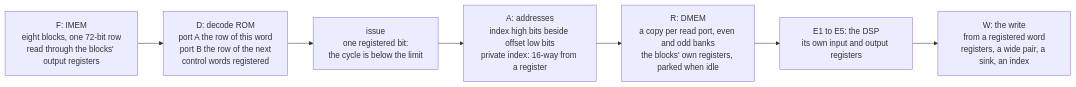
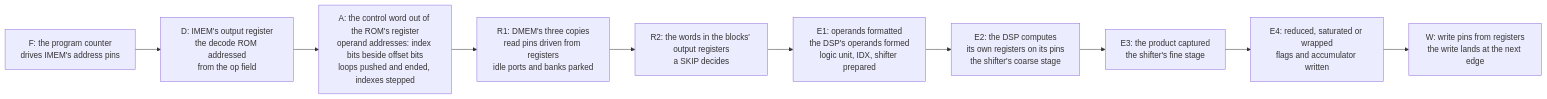
The diagram in docs/csp2_architecture.md (Thorwegian/noaidi-fpga-synth), drawn with Mermaid before and after one commit. The commit also changed other lines of this file and 15 other files, not shown here.

````diff
--- a/docs/csp2_architecture.md
+++ b/docs/csp2_architecture.md
@@ -63,9 +63,12 @@
 ```mermaid
 flowchart LR
-    F[F: IMEM<br/>eight blocks, one 72-bit row<br/>read through the blocks' output registers] --> D[D: decode ROM<br/>port A the row of this word<br/>port B the row of the next<br/>control words registered]
-    D --> I[issue<br/>one registered bit:<br/>the cycle is below the limit]
-    I --> A[A: addresses<br/>index high bits beside offset low bits<br/>private index: 16-way from a register]
-    A --> R[R: DMEM<br/>a copy per read port, even and odd banks<br/>the blocks' own registers, parked when idle]
-    R --> E[E1 to E5: the DSP<br/>its own input and output registers]
-    E --> W[W: the write<br/>from a registered word<br/>registers, a wide pair, a sink, an index]
+    F[F: the program counter<br/>drives IMEM's address pins] --> D[D: IMEM's output register<br/>the decode ROM addressed<br/>from the op field]
+    D --> A[A: the control word out of the ROM's register<br/>operand addresses: index bits beside offset bits<br/>loops pushed and ended, indexes stepped]
+    A --> R1[R1: DMEM's three copies<br/>read pins driven from registers<br/>idle ports and banks parked]
+    R1 --> R2[R2: the words in the blocks' output registers<br/>a SKIP decides]
+    R2 --> E1[E1: operands formatted<br/>the DSP's operands formed<br/>logic unit, IDX, shifter prepared]
+    E1 --> E2[E2: the DSP computes<br/>its own registers on its pins<br/>the shifter's coarse stage]
+    E2 --> E3[E3: the product captured<br/>the shifter's fine stage]
+    E3 --> E4[E4: reduced, saturated or wrapped<br/>flags and accumulator written]
+    E4 --> W[W: write pins from registers<br/>the write lands at the next edge]
 ```
````
